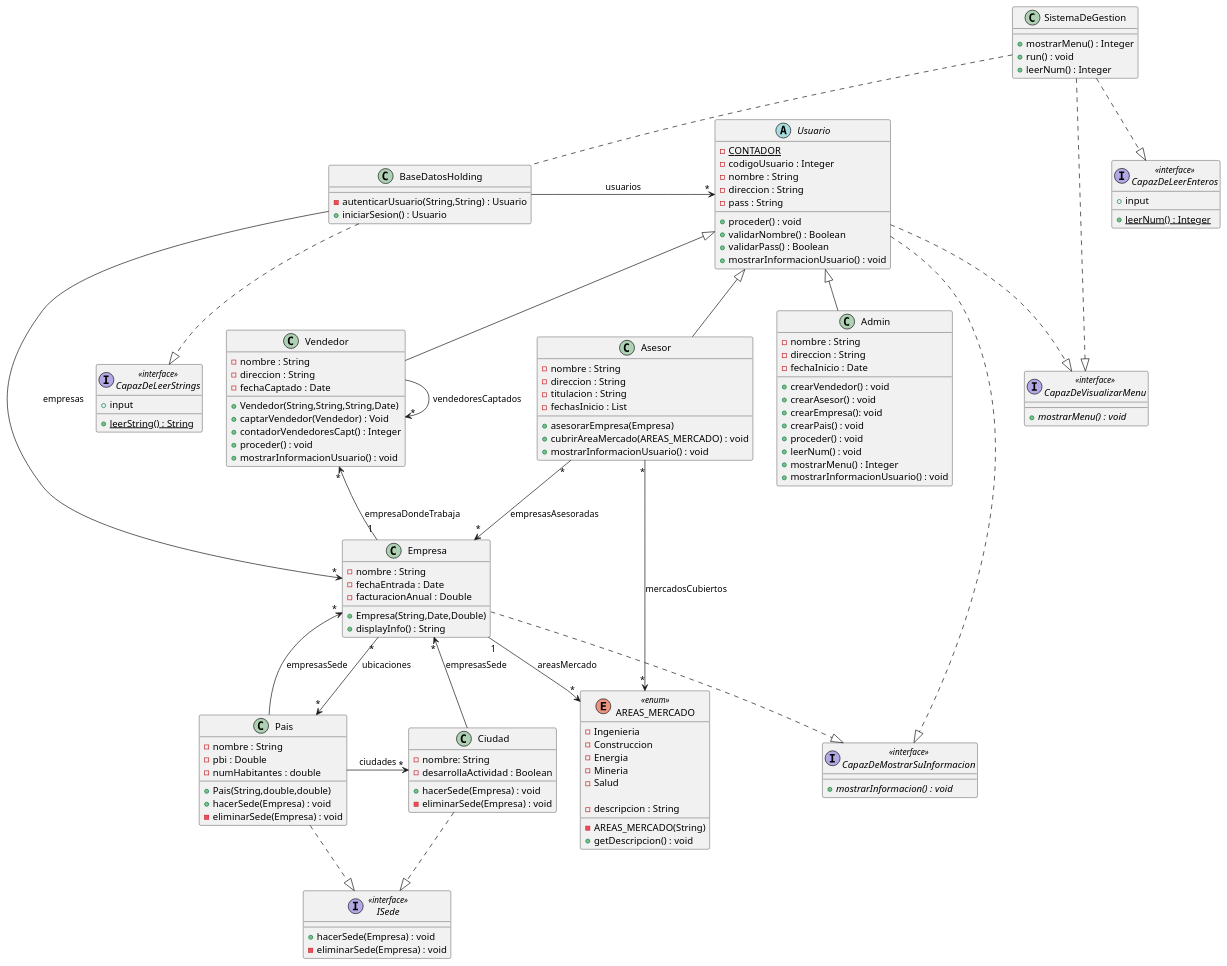
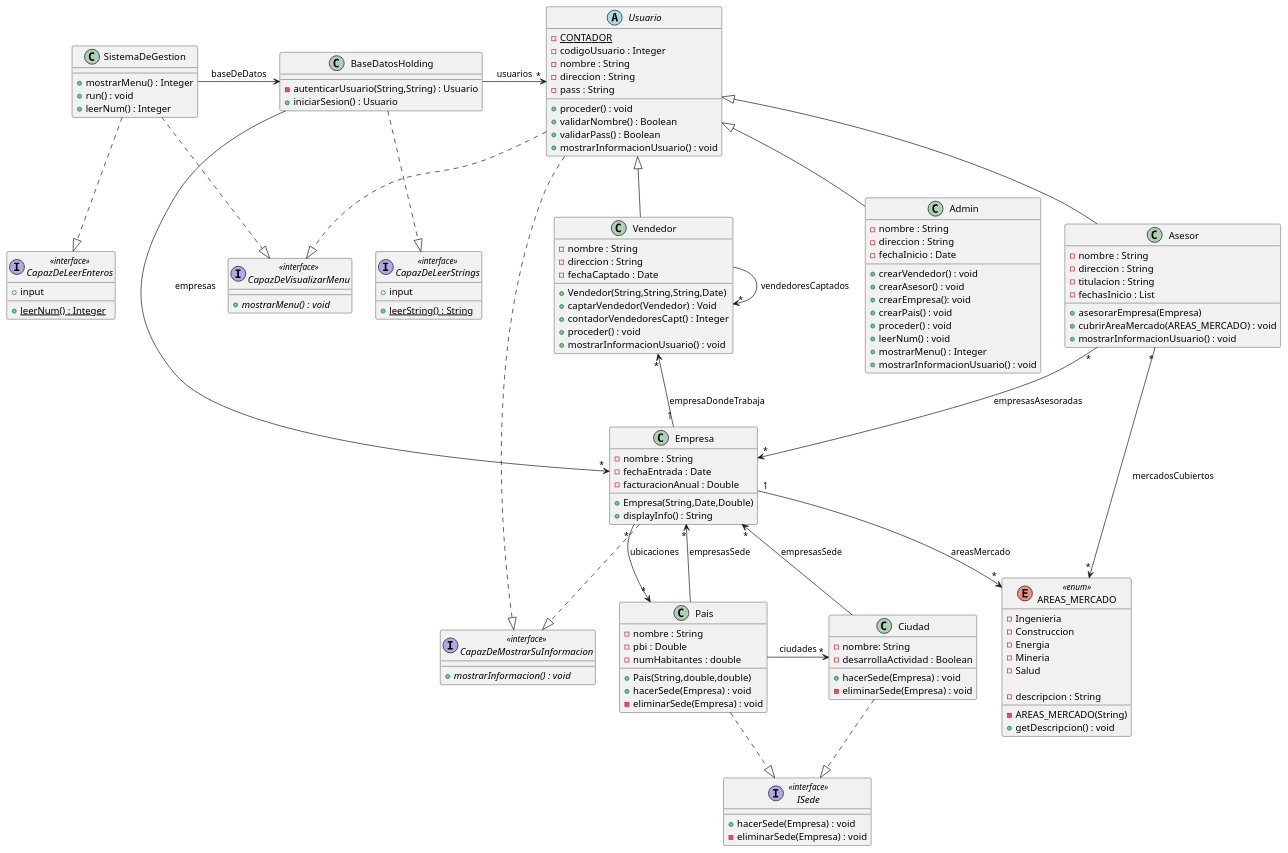
Before and after one commit to maxi-stein/Proyecto-Programacion-2: the diagram in proyecto-programacion2/src/holding/diagrama-de-clases.puml, drawn with PlantUML. The commit also changed 1 other file, not shown here.

Commit message:
Atributo BaseDeDatos bd dentro del SistemaDeGestion

```diff
--- a/proyecto-programacion2/src/holding/diagrama-de-clases.puml
+++ b/proyecto-programacion2/src/holding/diagrama-de-clases.puml
@@ -1,149 +1,149 @@
 @startuml
 class SistemaDeGestion{
 +mostrarMenu() : Integer
 +run() : void
 +leerNum() : Integer
 }
 
 class BaseDatosHolding{
 -autenticarUsuario(String,String) : Usuario
 +iniciarSesion() : Usuario
 }
 
 abstract Usuario{
 -{static} CONTADOR
 -codigoUsuario : Integer
 -nombre : String
 -direccion : String
 -pass : String
 
 +proceder() : void
 +validarNombre() : Boolean
 +validarPass() : Boolean
 +mostrarInformacionUsuario() : void
 }
 
 class Vendedor extends Usuario{
     -nombre : String
     -direccion : String
     -fechaCaptado : Date
     +Vendedor(String,String,String,Date)
     +captarVendedor(Vendedor) : Void
     +contadorVendedoresCapt() : Integer
     +proceder() : void
     +mostrarInformacionUsuario() : void
 
 }
 
 class Empresa{
     -nombre : String
     -fechaEntrada : Date
     -facturacionAnual : Double
     +Empresa(String,Date,Double)
     +displayInfo() : String
 }
 
 enum  AREAS_MERCADO <<enum>> {
     -Ingenieria
     -Construccion
     -Energia
     -Mineria
     -Salud
 
     -descripcion : String
 
     -AREAS_MERCADO(String)
     +getDescripcion() : void
 
 }
 
 class Pais{
     -nombre : String
     -pbi : Double
     -numHabitantes : double
 
     +Pais(String,double,double)
     +hacerSede(Empresa) : void
     -eliminarSede(Empresa) : void
 }
 
 class Ciudad{
     -nombre: String
     -desarrollaActividad : Boolean
 
     +hacerSede(Empresa) : void
     -eliminarSede(Empresa) : void
 }
 
 interface ISede <<interface>>{
     +hacerSede(Empresa) : void
     -eliminarSede(Empresa) : void
 }
 
 interface CapazDeLeerEnteros <<interface>>{
     +input
     +{static} leerNum() : Integer
 }
 
 interface CapazDeLeerStrings <<interface>>{
     +input
     +{static} leerString() : String
 }
 
 interface CapazDeVisualizarMenu <<interface>>{
     +{abstract} mostrarMenu() : void
 }
 
 interface CapazDeMostrarSuInformacion <<interface>>{
     +{abstract} mostrarInformacion() : void
 }
 
 class Asesor extends Usuario{
 -nombre : String
 -direccion : String
 -titulacion : String
 -fechasInicio : List
 +asesorarEmpresa(Empresa)
 +cubrirAreaMercado(AREAS_MERCADO) : void
 +mostrarInformacionUsuario() : void
 
 }
 
 class Admin extends Usuario{
 -nombre : String
 -direccion : String
 -fechaInicio : Date
 +crearVendedor() : void
 +crearAsesor() : void
 +crearEmpresa(): void
 +crearPais() : void
 +proceder() : void
 +leerNum() : void
 +mostrarMenu() : Integer
 +mostrarInformacionUsuario() : void
 }
 
 
-SistemaDeGestion -. BaseDatosHolding
+SistemaDeGestion -> BaseDatosHolding : "baseDeDatos"
 SistemaDeGestion -.|> CapazDeLeerEnteros
 SistemaDeGestion -.|> CapazDeVisualizarMenu
 BaseDatosHolding -> "*" Usuario : usuarios
 BaseDatosHolding -> "*" Empresa : empresas
 BaseDatosHolding -.|> CapazDeLeerStrings
 Usuario -.|> CapazDeVisualizarMenu
 Usuario -.|> CapazDeMostrarSuInformacion
 Vendedor "*"<-- "1" Empresa : empresaDondeTrabaja
 Vendedor -> "*" Vendedor : vendedoresCaptados
 Empresa "1"--> "*" AREAS_MERCADO : areasMercado
 Empresa "*" --> "*" Pais : ubicaciones
 Empresa -.|> CapazDeMostrarSuInformacion
 Pais -> "*" Ciudad : ciudades
 Pais -.|> ISede
 Pais --> "*" Empresa : empresasSede
 Ciudad -.|> ISede
 Ciudad --> "*" Empresa : empresasSede
 Asesor "*"--> "*" AREAS_MERCADO : mercadosCubiertos
 Asesor "*" --> "*" Empresa : empresasAsesoradas
 
 
 @enduml
```
